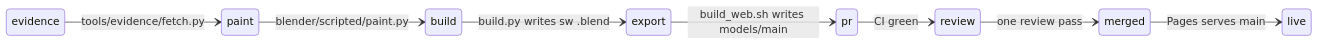
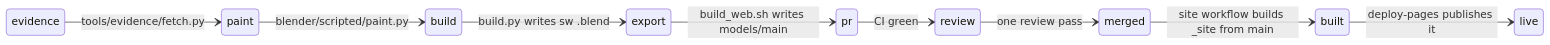
The fourth of 5 diagrams in docs/STATE-MACHINES.md (jamditis/campus-explorer), drawn with Mermaid before and after one commit. The commit also changed other lines of this file and 538 other files, not shown here.

````diff
--- a/docs/STATE-MACHINES.md
+++ b/docs/STATE-MACHINES.md
@@ -137,11 +137,12 @@
 ```mermaid
 stateDiagram-v2
   direction LR
   evidence --> paint: tools/evidence/fetch.py
   paint --> build: blender/scripted/paint.py
   build --> export: build.py writes sw .blend
   export --> pr: build_web.sh writes models/main
   pr --> review: CI green
   review --> merged: one review pass
-  merged --> live: Pages serves main
+  merged --> built: site workflow builds _site from main
+  built --> live: deploy-pages publishes it
 ```
````
